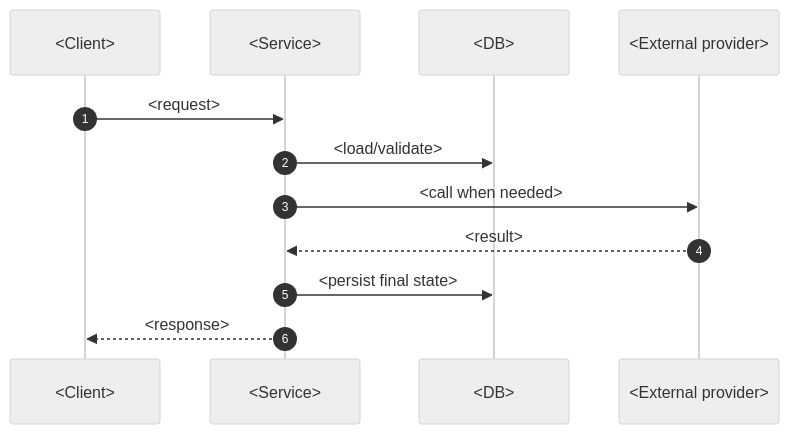
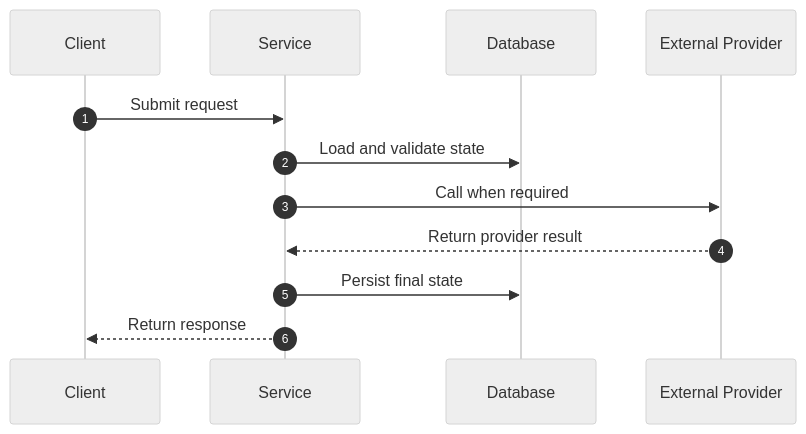
One commit to rizkydwicmt/vibe-ddd-golang changed the fourth of 7 diagrams in docs/diagram/0000-diagram-template.md. Above: the diagram before and after it, drawn with Mermaid (neutral theme). The commit also changed other lines of this file and 6 other files, not shown here.

Commit message:
fix Mermaid documentation templates

````diff
--- a/docs/diagram/0000-diagram-template.md
+++ b/docs/diagram/0000-diagram-template.md
@@ -72,15 +71,15 @@
 ```mermaid
 sequenceDiagram
   autonumber
-  participant Client as <Client>
-  participant Svc as <Service>
-  participant DB as <DB>
-  participant Ext as <External provider>
+  participant Client
+  participant Service
+  participant Database
+  participant Provider as External Provider
 
-  Client->>Svc: <request>
-  Svc->>DB: <load/validate>
-  Svc->>Ext: <call when needed>
-  Ext-->>Svc: <result>
-  Svc->>DB: <persist final state>
-  Svc-->>Client: <response>
+  Client->>Service: Submit request
+  Service->>Database: Load and validate state
+  Service->>Provider: Call when required
+  Provider-->>Service: Return provider result
+  Service->>Database: Persist final state
+  Service-->>Client: Return response
 ```
````
